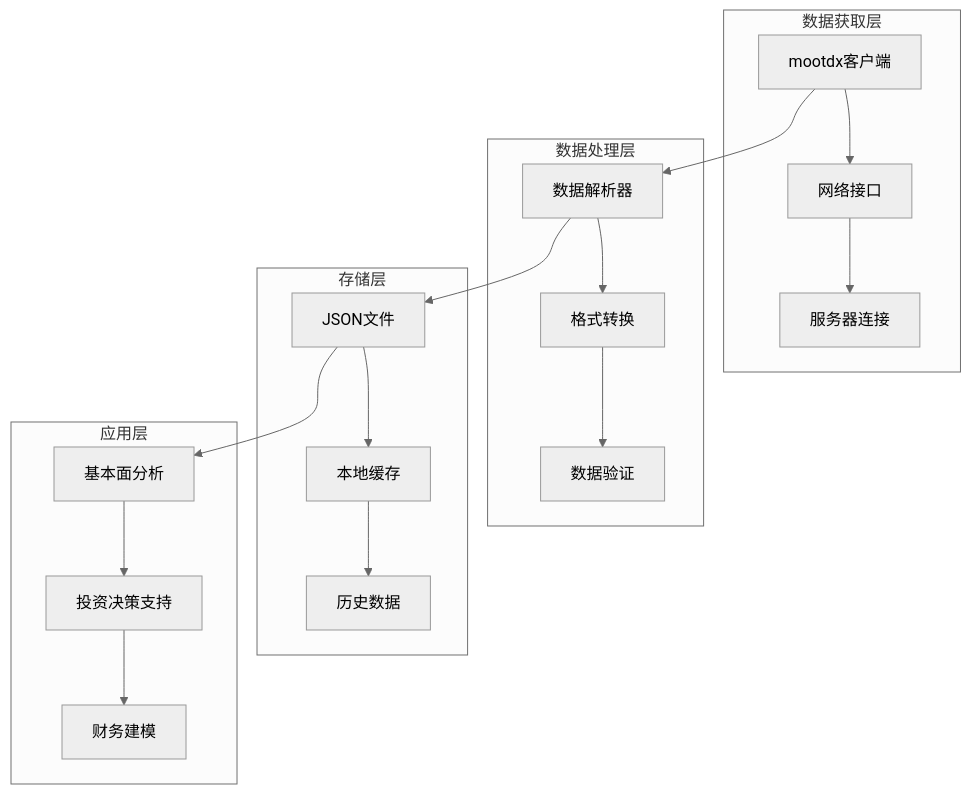
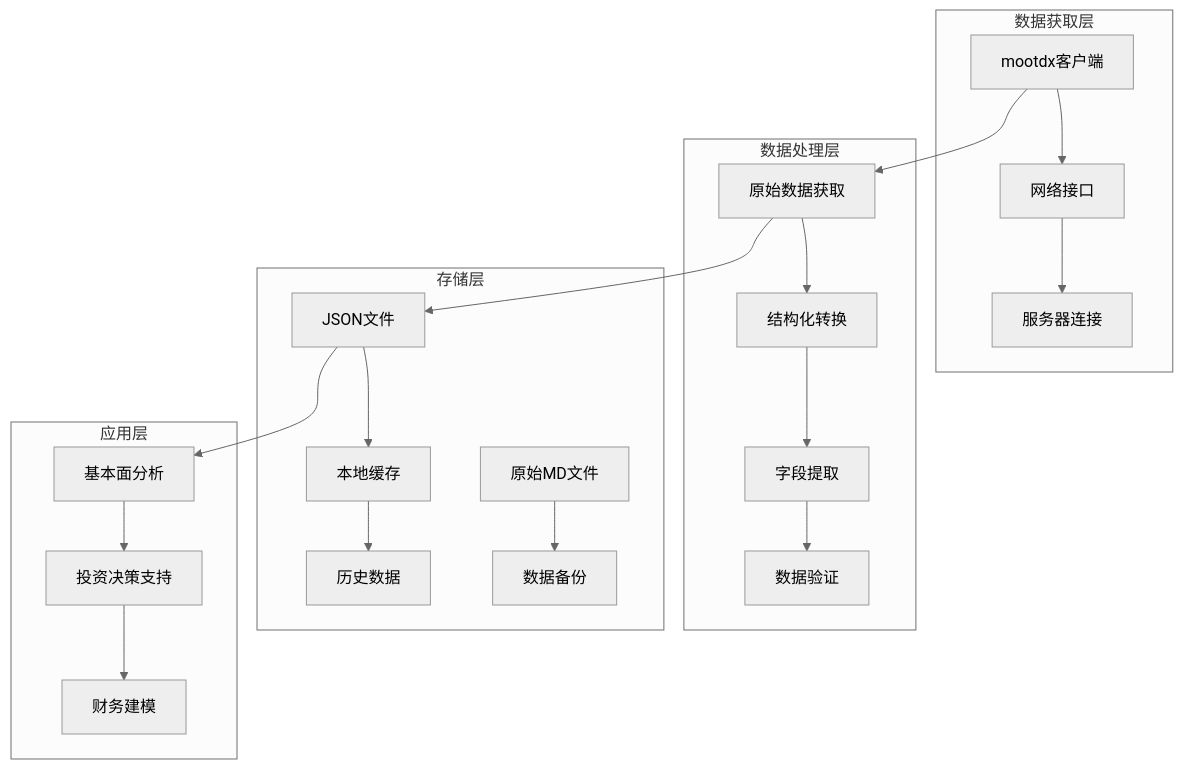
The fourth of 11 diagrams in .qoder/repowiki/zh/content/数据文件说明/F10详细数据文件.md (MORECORIANDERS/SCBE-web), drawn with Mermaid (neutral theme) before and after one commit. The commit also changed other lines of this file and 16 other files, not shown here.

````diff
--- a/.qoder/repowiki/zh/content/数据文件说明/F10详细数据文件.md
+++ b/.qoder/repowiki/zh/content/数据文件说明/F10详细数据文件.md
@@ -154,22 +170,24 @@
 ```mermaid
 graph TB
 subgraph "数据获取层"
 A[mootdx客户端] --> B[网络接口]
 B --> C[服务器连接]
 end
 subgraph "数据处理层"
-D[数据解析器] --> E[格式转换]
-E --> F[数据验证]
+D[原始数据获取] --> E[结构化转换]
+E --> F[字段提取]
+F --> G[数据验证]
 end
 subgraph "存储层"
-G[JSON文件] --> H[本地缓存]
-H --> I[历史数据]
+H[JSON文件] --> I[本地缓存]
+I --> J[历史数据]
+K[原始MD文件] --> L[数据备份]
 end
 subgraph "应用层"
-J[基本面分析] --> K[投资决策支持]
-K --> L[财务建模]
+M[基本面分析] --> N[投资决策支持]
+N --> O[财务建模]
 end
 A --> D
-D --> G
-G --> J
+D --> H
+H --> M
 ```
````
